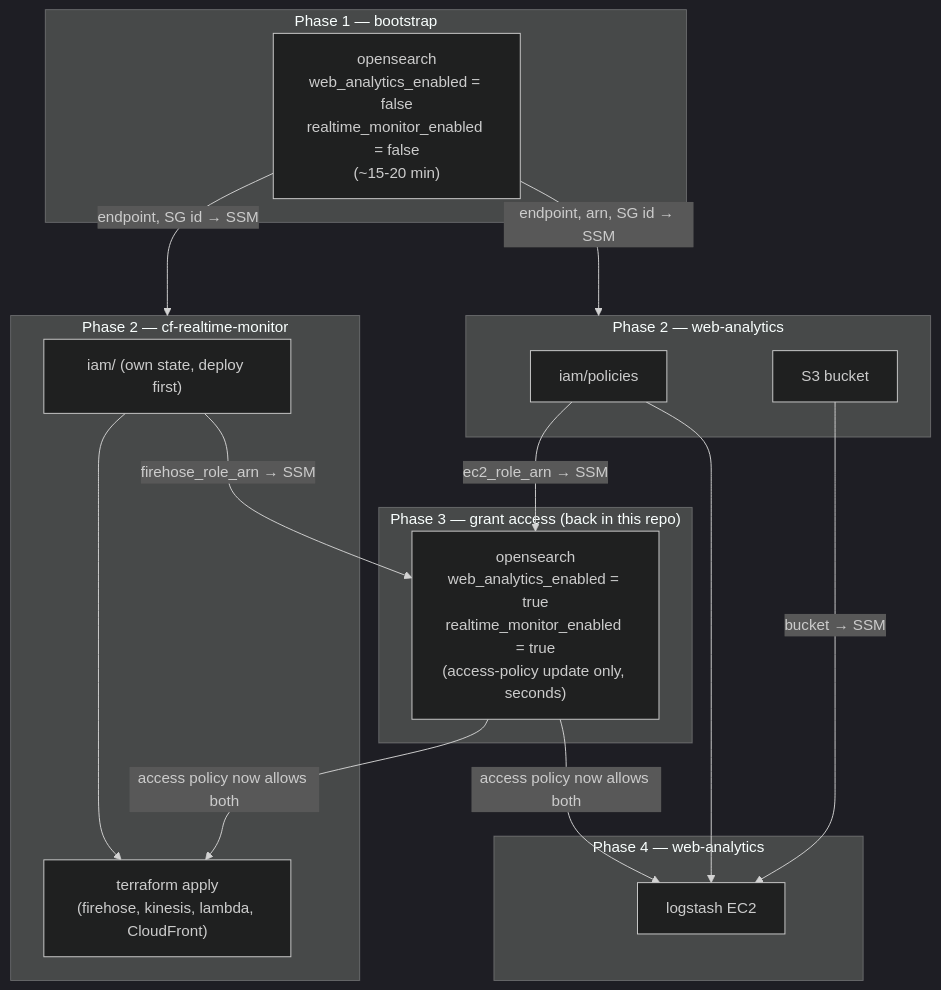
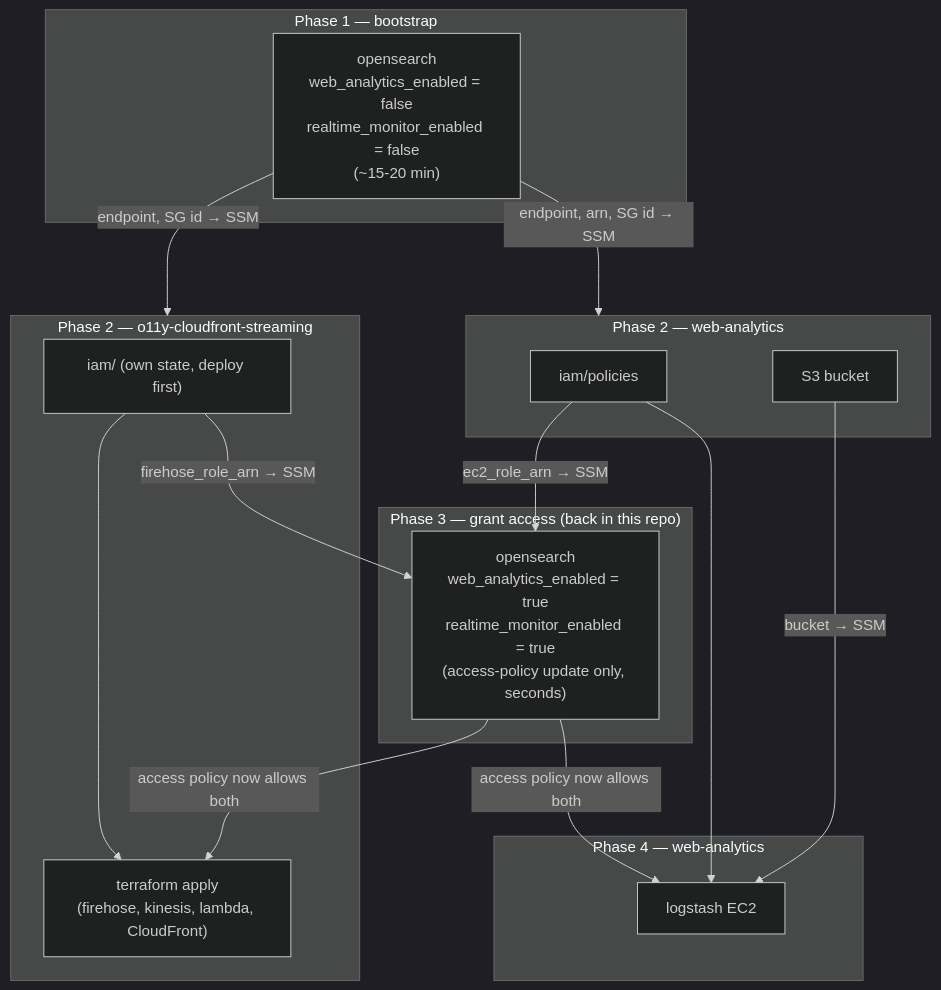
Before and after one commit to NASA-PDS/o11y-platform: the second of 2 diagrams in terraform/README.md, drawn with Mermaid (dark theme). The commit also changed other lines of this file and 4 other files, not shown here.

First line of the commit message:
Rename web-analytics-realtime/cf-realtime-monitor refs to o11y-cloudfront-streaming

````diff
--- a/terraform/README.md
+++ b/terraform/README.md
@@ -52,34 +52,34 @@
 ```mermaid
 flowchart TD
     subgraph p1["Phase 1 — bootstrap"]
         OS1["opensearch\nweb_analytics_enabled = false\nrealtime_monitor_enabled = false\n(~15-20 min)"]
     end
 
     subgraph p2wa["Phase 2 — web-analytics"]
         IAM["iam/policies"]
         S3["S3 bucket"]
     end
 
-    subgraph p2cf["Phase 2 — cf-realtime-monitor"]
+    subgraph p2cf["Phase 2 — o11y-cloudfront-streaming"]
         CFIAM["iam/ (own state, deploy first)"]
         CFMAIN["terraform apply\n(firehose, kinesis, lambda, CloudFront)"]
         CFIAM --> CFMAIN
     end
 
     subgraph p3["Phase 3 — grant access (back in this repo)"]
         OS2["opensearch\nweb_analytics_enabled = true\nrealtime_monitor_enabled = true\n(access-policy update only, seconds)"]
     end
 
     subgraph p4["Phase 4 — web-analytics"]
         LS["logstash EC2"]
     end
 
     OS1 -->|"endpoint, arn, SG id → SSM"| p2wa
     OS1 -->|"endpoint, SG id → SSM"| p2cf
     IAM -->|"ec2_role_arn → SSM"| OS2
     CFIAM -->|"firehose_role_arn → SSM"| OS2
     OS2 -->|"access policy now allows both"| LS
     OS2 -->|"access policy now allows both"| CFMAIN
     IAM --> LS
     S3 -->|"bucket → SSM"| LS
 ```
````
